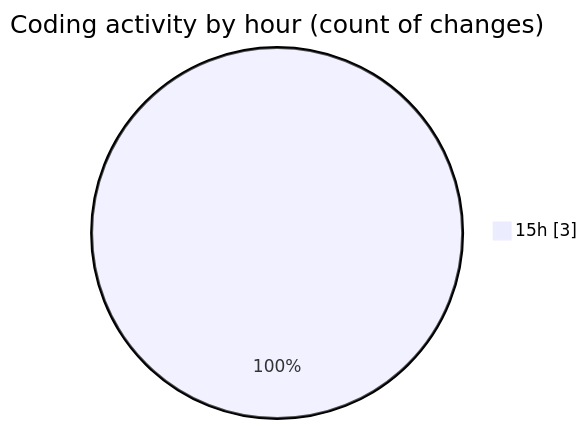
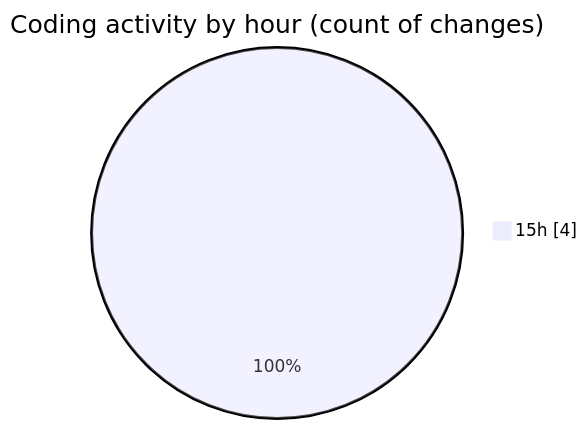
The second of 2 diagrams in 2025-11-05/eventscop-frontend-guide__workspace_/README.md (julien-gomy/code-tracking), drawn with Mermaid before and after one commit. The commit also changed other lines of this file and 1 other file, not shown here.

````diff
--- a/2025-11-05/eventscop-frontend-guide__workspace_/README.md
+++ b/2025-11-05/eventscop-frontend-guide__workspace_/README.md
@@ -30,5 +32,5 @@
 ```mermaid
 pie showData
 title Coding activity by hour (count of changes)
-"15h" : 3
+"15h" : 4
 ```
````
